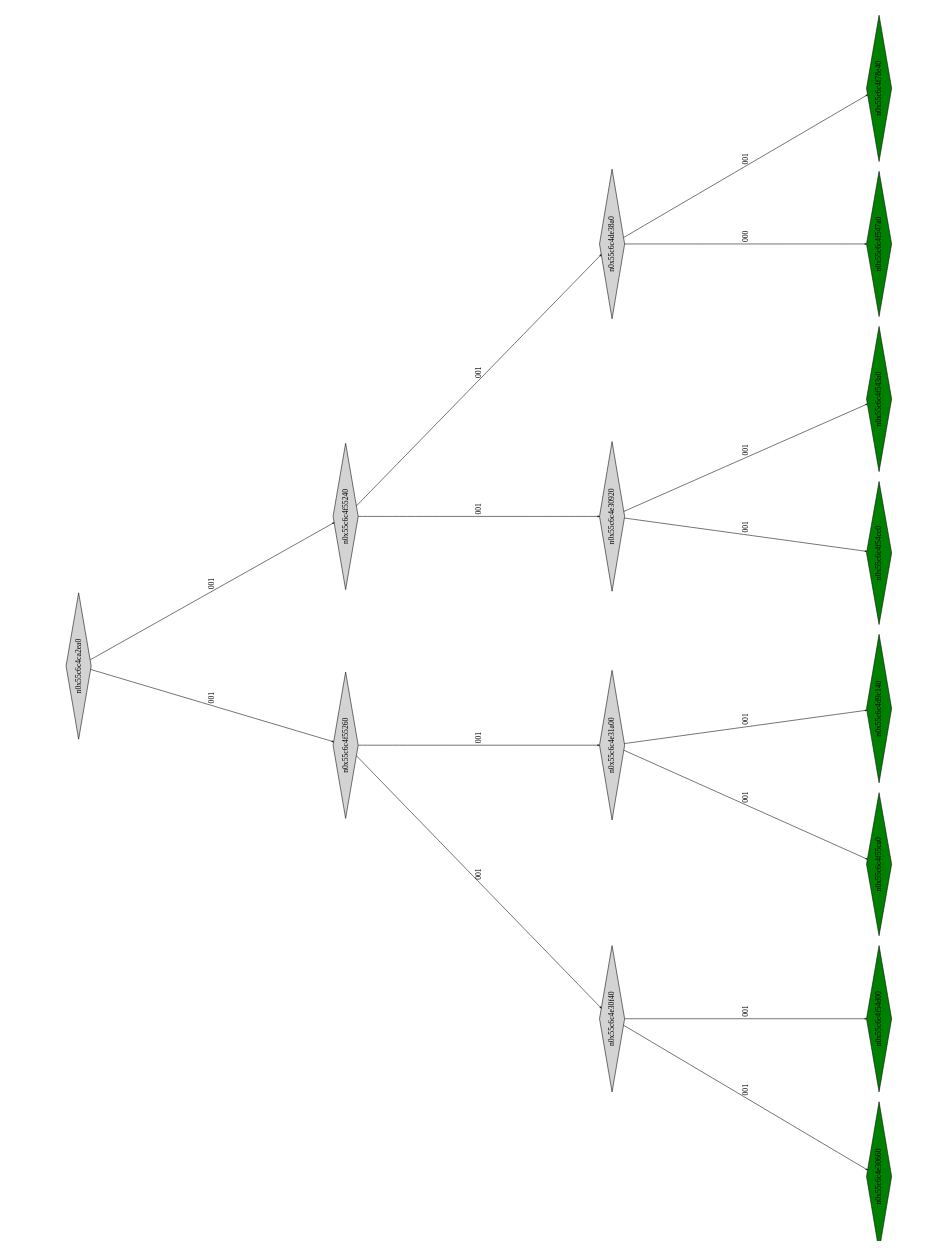
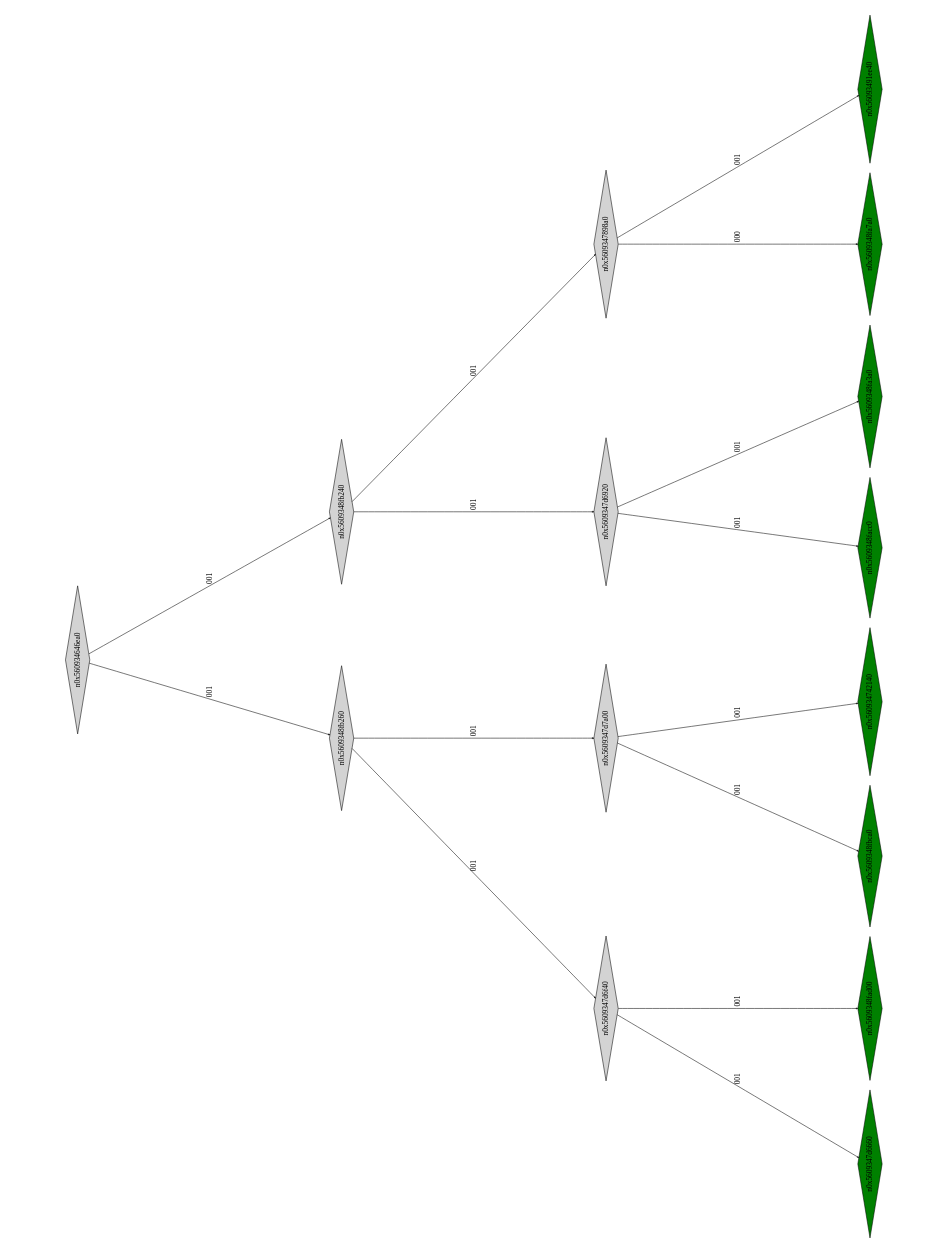
Before and after one commit to Research-Tools-PAVT/PSE-Program-Examples: the diagram in montyhall_klee_out/ptree_00000831.dot, drawn with Graphviz. The commit also changed 80 other files, not shown here.

```diff
--- a/montyhall_klee_out/ptree_00000831.dot
+++ b/montyhall_klee_out/ptree_00000831.dot
@@ -1,37 +1,37 @@
 digraph G {
 	size="10,7.5";
 	ratio=fill;
 	rotate=90;
 	center = "true";
 	node [style="filled",width=.1,height=.1,fontname="Terminus"]
 	edge [arrowsize=.3]
-	n0x55c6c4ca2ea0 [shape=diamond];
-	n0x55c6c4ca2ea0 -> n0x55c6c4f55260 [label=001];
-	n0x55c6c4ca2ea0 -> n0x55c6c4f55240 [label=001];
-	n0x55c6c4f55240 [shape=diamond];
-	n0x55c6c4f55240 -> n0x55c6c4e30920 [label=001];
-	n0x55c6c4f55240 -> n0x55c6c4de38a0 [label=001];
-	n0x55c6c4de38a0 [shape=diamond];
-	n0x55c6c4de38a0 -> n0x55c6c4f547a0 [label=000];
-	n0x55c6c4de38a0 -> n0x55c6c4f78e40 [label=001];
-	n0x55c6c4f78e40 [shape=diamond,fillcolor=green];
-	n0x55c6c4f547a0 [shape=diamond,fillcolor=green];
-	n0x55c6c4e30920 [shape=diamond];
-	n0x55c6c4e30920 -> n0x55c6c4f54cc0 [label=001];
-	n0x55c6c4e30920 -> n0x55c6c4f543a0 [label=001];
-	n0x55c6c4f543a0 [shape=diamond,fillcolor=green];
-	n0x55c6c4f54cc0 [shape=diamond,fillcolor=green];
-	n0x55c6c4f55260 [shape=diamond];
-	n0x55c6c4f55260 -> n0x55c6c4e30f40 [label=001];
-	n0x55c6c4f55260 -> n0x55c6c4e31a00 [label=001];
-	n0x55c6c4e31a00 [shape=diamond];
-	n0x55c6c4e31a00 -> n0x55c6c4f55ca0 [label=001];
-	n0x55c6c4e31a00 -> n0x55c6c4d9c140 [label=001];
-	n0x55c6c4d9c140 [shape=diamond,fillcolor=green];
-	n0x55c6c4f55ca0 [shape=diamond,fillcolor=green];
-	n0x55c6c4e30f40 [shape=diamond];
-	n0x55c6c4e30f40 -> n0x55c6c4e30660 [label=001];
-	n0x55c6c4e30f40 -> n0x55c6c4f54d00 [label=001];
-	n0x55c6c4f54d00 [shape=diamond,fillcolor=green];
-	n0x55c6c4e30660 [shape=diamond,fillcolor=green];
+	n0x560934646ea0 [shape=diamond];
+	n0x560934646ea0 -> n0x5609348fb260 [label=001];
+	n0x560934646ea0 -> n0x5609348fb240 [label=001];
+	n0x5609348fb240 [shape=diamond];
+	n0x5609348fb240 -> n0x5609347d6920 [label=001];
+	n0x5609348fb240 -> n0x5609347898a0 [label=001];
+	n0x5609347898a0 [shape=diamond];
+	n0x5609347898a0 -> n0x5609348fa7a0 [label=000];
+	n0x5609347898a0 -> n0x56093491ee40 [label=001];
+	n0x56093491ee40 [shape=diamond,fillcolor=green];
+	n0x5609348fa7a0 [shape=diamond,fillcolor=green];
+	n0x5609347d6920 [shape=diamond];
+	n0x5609347d6920 -> n0x5609348facc0 [label=001];
+	n0x5609347d6920 -> n0x5609348fa3a0 [label=001];
+	n0x5609348fa3a0 [shape=diamond,fillcolor=green];
+	n0x5609348facc0 [shape=diamond,fillcolor=green];
+	n0x5609348fb260 [shape=diamond];
+	n0x5609348fb260 -> n0x5609347d6f40 [label=001];
+	n0x5609348fb260 -> n0x5609347d7a00 [label=001];
+	n0x5609347d7a00 [shape=diamond];
+	n0x5609347d7a00 -> n0x5609348fbca0 [label=001];
+	n0x5609347d7a00 -> n0x560934742140 [label=001];
+	n0x560934742140 [shape=diamond,fillcolor=green];
+	n0x5609348fbca0 [shape=diamond,fillcolor=green];
+	n0x5609347d6f40 [shape=diamond];
+	n0x5609347d6f40 -> n0x5609347d6660 [label=001];
+	n0x5609347d6f40 -> n0x5609348fad00 [label=001];
+	n0x5609348fad00 [shape=diamond,fillcolor=green];
+	n0x5609347d6660 [shape=diamond,fillcolor=green];
 }
```
